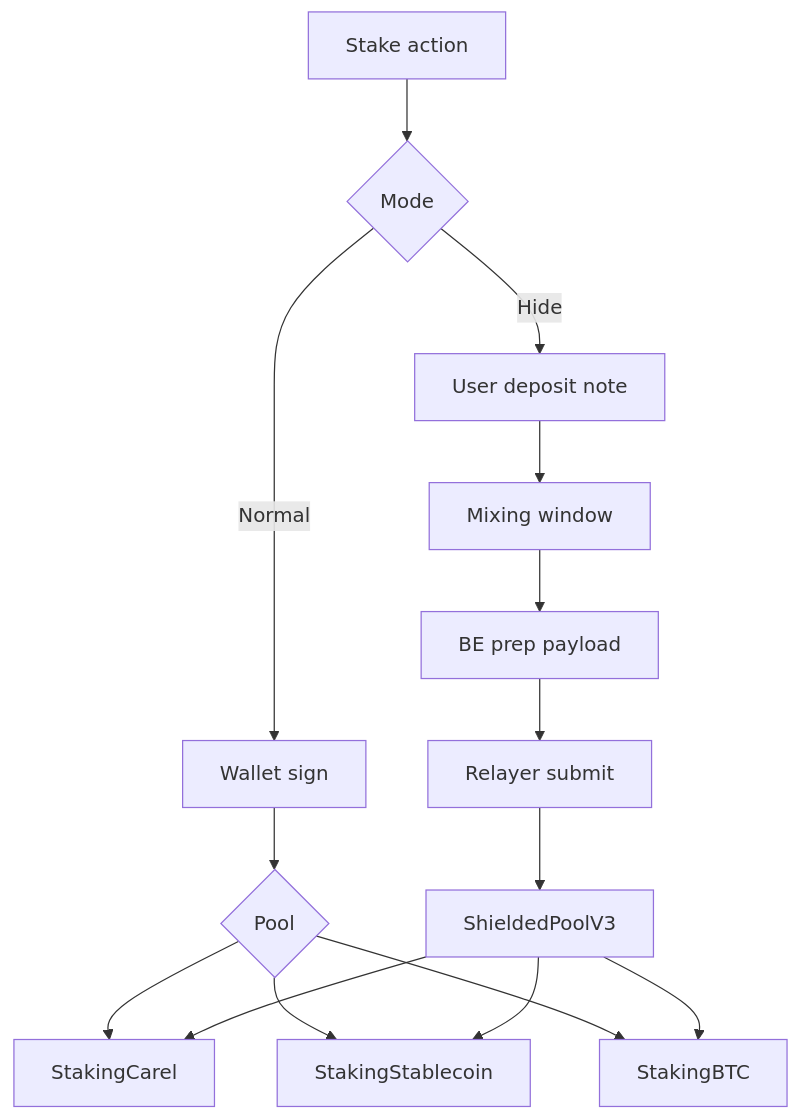
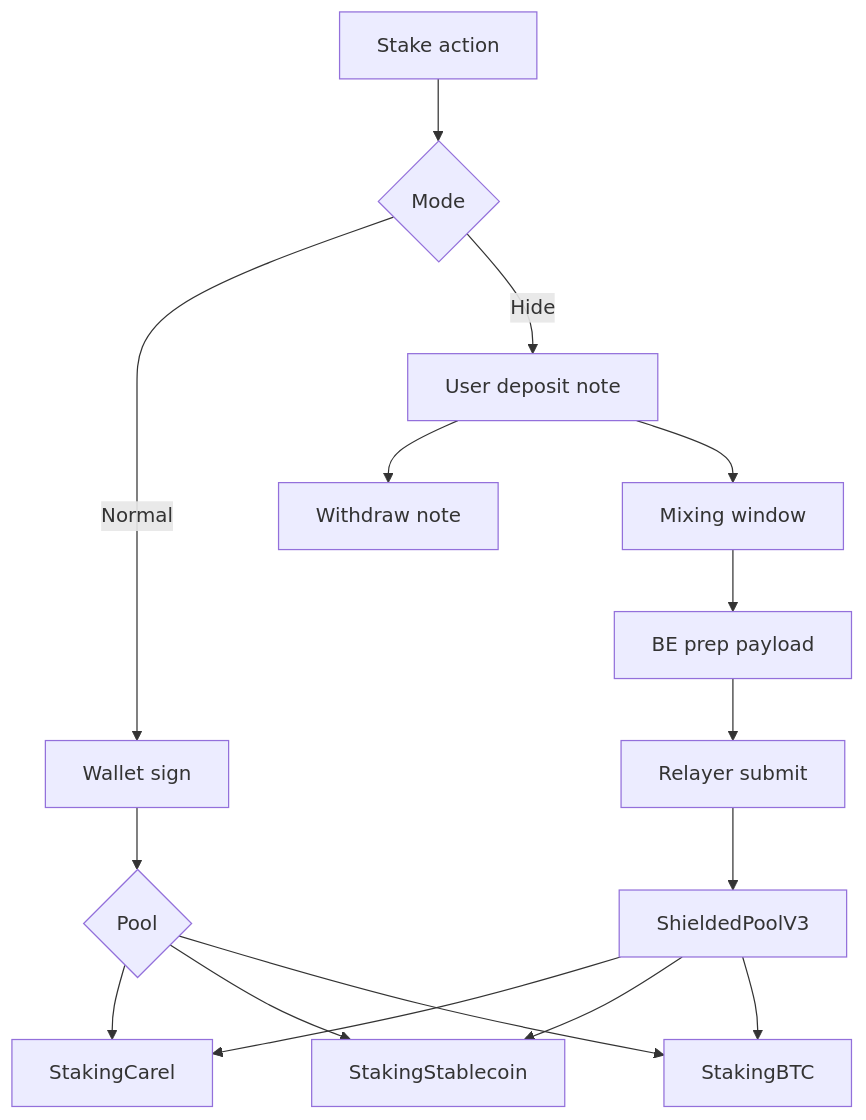
The fifth of 7 diagrams in README.md (ntfound-dev/zkcarel_protocol), drawn with Mermaid before and after one commit. The commit also changed other lines of this file and 1 other file, not shown here.

````diff
--- a/README.md
+++ b/README.md
@@ -208,18 +210,19 @@
 ```mermaid
 flowchart TD
   A[Stake action] --> B{Mode}
   B -->|Normal| N1[Wallet sign]
   N1 --> P1{Pool}
   P1 --> S1[StakingCarel]
   P1 --> S2[StakingStablecoin]
   P1 --> S3[StakingBTC]
 
   B -->|Hide| H1[User deposit note]
+  H1 --> HW[Withdraw note]
   H1 --> H2[Mixing window]
   H2 --> H3[BE prep payload]
   H3 --> H4[Relayer submit]
   H4 --> H5[ShieldedPoolV3]
   H5 --> S1
   H5 --> S2
   H5 --> S3
 ```
````
